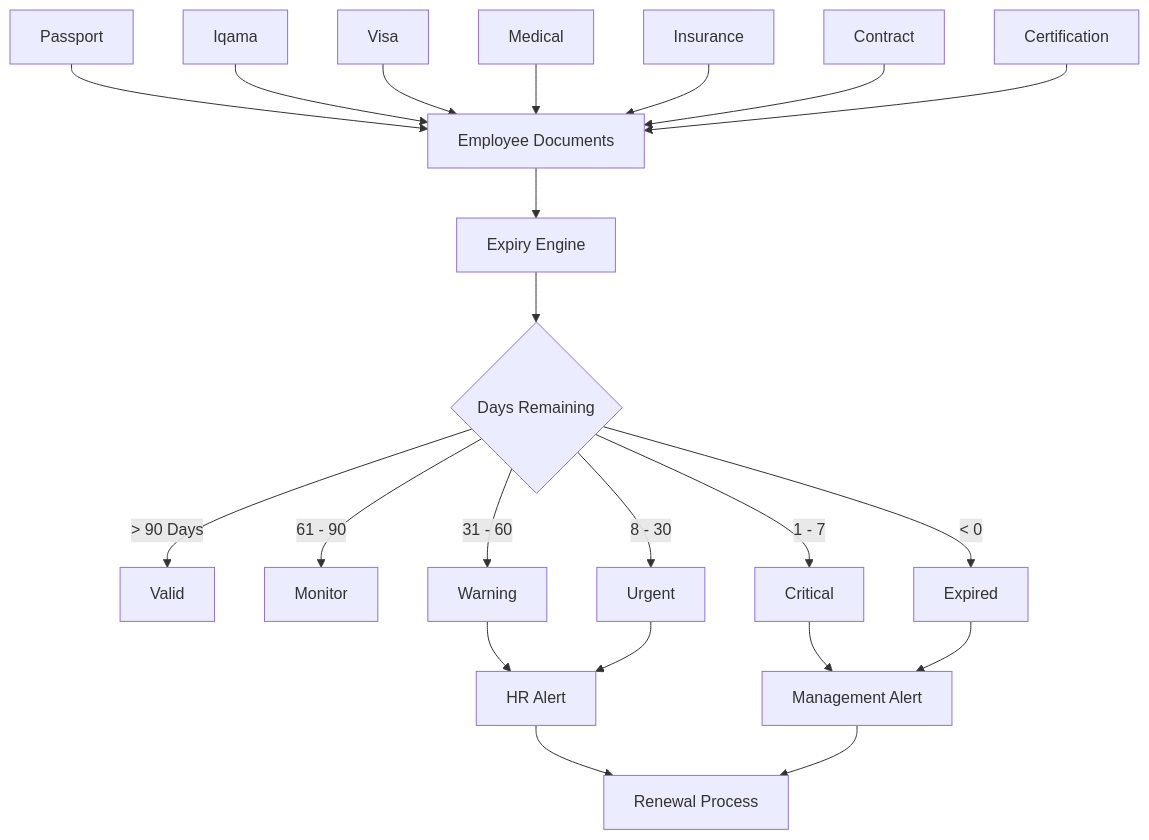
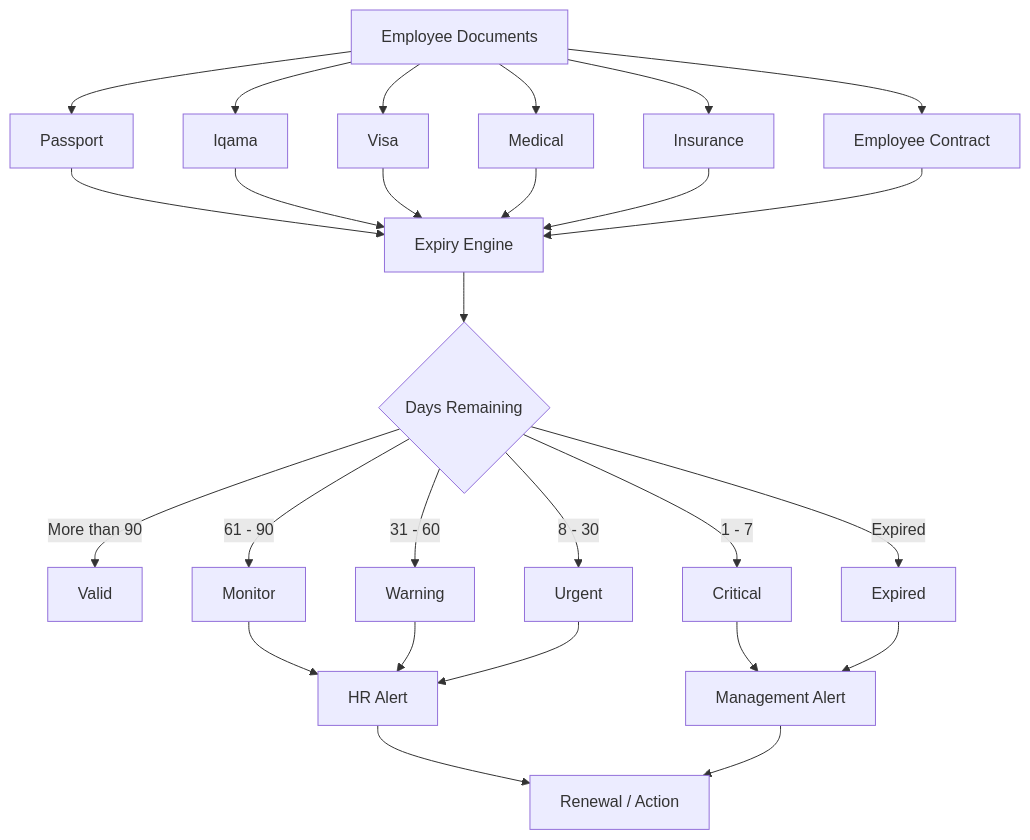
Diagram 19 of 25 in README.md (Plug0007/erpnext-niglobal), drawn with Mermaid before and after one commit. The commit also changed other lines of this file, not shown here.

````diff
--- a/README.md
+++ b/README.md
@@ -952,38 +1097,41 @@
 ```mermaid
 flowchart TD
     %% =========================================================
     %% EXPIRY MANAGEMENT
-    %% Centralized expiry and alert engine.
+    %% Centralized document expiry monitoring.
     %% =========================================================
 
-    A[Employee Documents] --> B[Expiry Engine]
+    A["Employee Documents"]
 
-    %% Documents monitored by the engine.
-    A1[Passport] --> A
-    A2[Iqama] --> A
-    A3[Visa] --> A
-    A4[Medical] --> A
-    A5[Insurance] --> A
-    A6[Contract] --> A
-    A7[Certification] --> A
+    A --> A1["Passport"]
+    A --> A2["Iqama"]
+    A --> A3["Visa"]
+    A --> A4["Medical"]
+    A --> A5["Insurance"]
+    A --> A6["Employee Contract"]
 
-    %% Determine the remaining validity.
-    B --> C{Days Remaining}
+    A1 --> B["Expiry Engine"]
+    A2 --> B
+    A3 --> B
+    A4 --> B
+    A5 --> B
+    A6 --> B
 
-    C -->|> 90 Days| D[Valid]
-    C -->|61 - 90| E[Monitor]
-    C -->|31 - 60| F[Warning]
-    C -->|8 - 30| G[Urgent]
-    C -->|1 - 7| H[Critical]
-    C -->|< 0| I[Expired]
+    B --> C{"Days Remaining"}
 
-    %% Notifications.
-    F --> J[HR Alert]
+    C -->|More than 90| D["Valid"]
+    C -->|61 - 90| E["Monitor"]
+    C -->|31 - 60| F["Warning"]
+    C -->|8 - 30| G["Urgent"]
+    C -->|1 - 7| H["Critical"]
+    C -->|Expired| I["Expired"]
+
+    E --> J["HR Alert"]
+    F --> J
     G --> J
-    H --> K[Management Alert]
+    H --> K["Management Alert"]
     I --> K
 
-    %% Renewal/action workflow.
-    J --> L[Renewal Process]
+    J --> L["Renewal / Action"]
     K --> L
 ```
````
